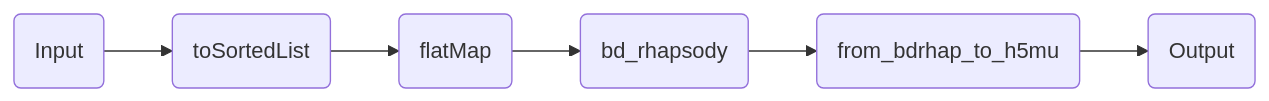
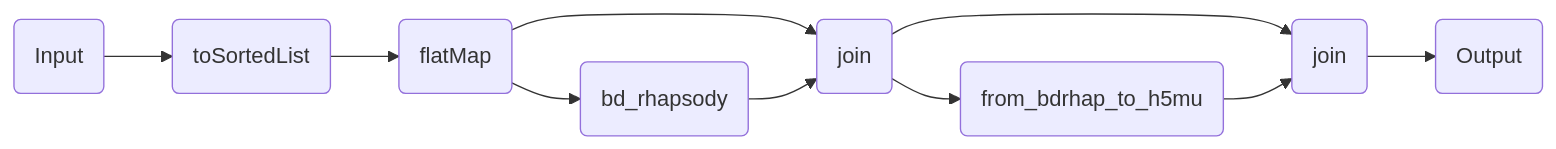
One commit to openpipelines-bio/website changed the diagram in components/workflows/ingestion/bd_rhapsody.qmd. Above: the diagram before and after it, drawn with Mermaid. The commit also changed other lines of this file and 92 other files, not shown here.

````diff
--- a/components/workflows/ingestion/bd_rhapsody.qmd
+++ b/components/workflows/ingestion/bd_rhapsody.qmd
@@ -179,16 +179,22 @@
 ```{mermaid}
 %%| column: screen-inset-shaded
 flowchart LR
     p0(Input)
     p2(toSortedList)
     p4(flatMap)
-    p11(bd_rhapsody)
-    p21(from_bdrhap_to_h5mu)
+    p10(bd_rhapsody)
+    p12(join)
+    p20(from_bdrhap_to_h5mu)
+    p22(join)
     p28(Output)
     p0-->p2
     p2-->p4
-    p4-->p11
-    p11-->p21
-    p21-->p28
+    p4-->p12
+    p4-->p10
+    p10-->p12
+    p12-->p22
+    p12-->p20
+    p20-->p22
+    p22-->p28
 
 ```
````
